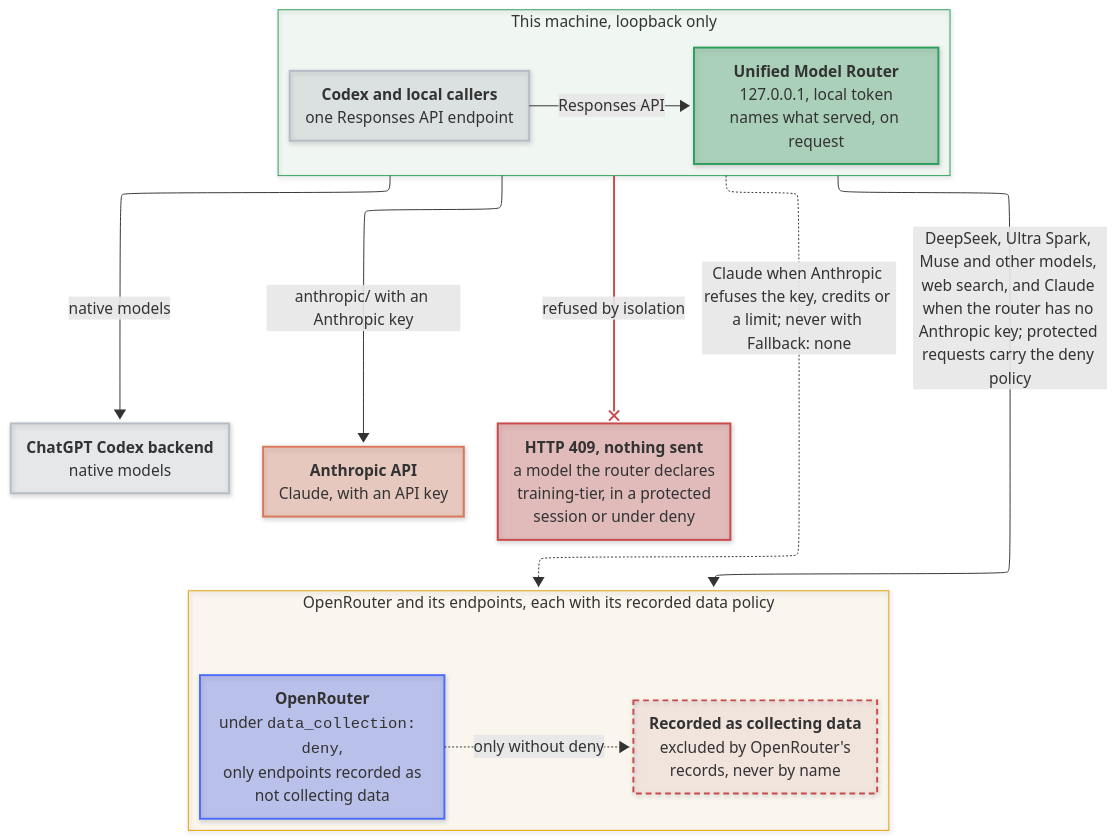
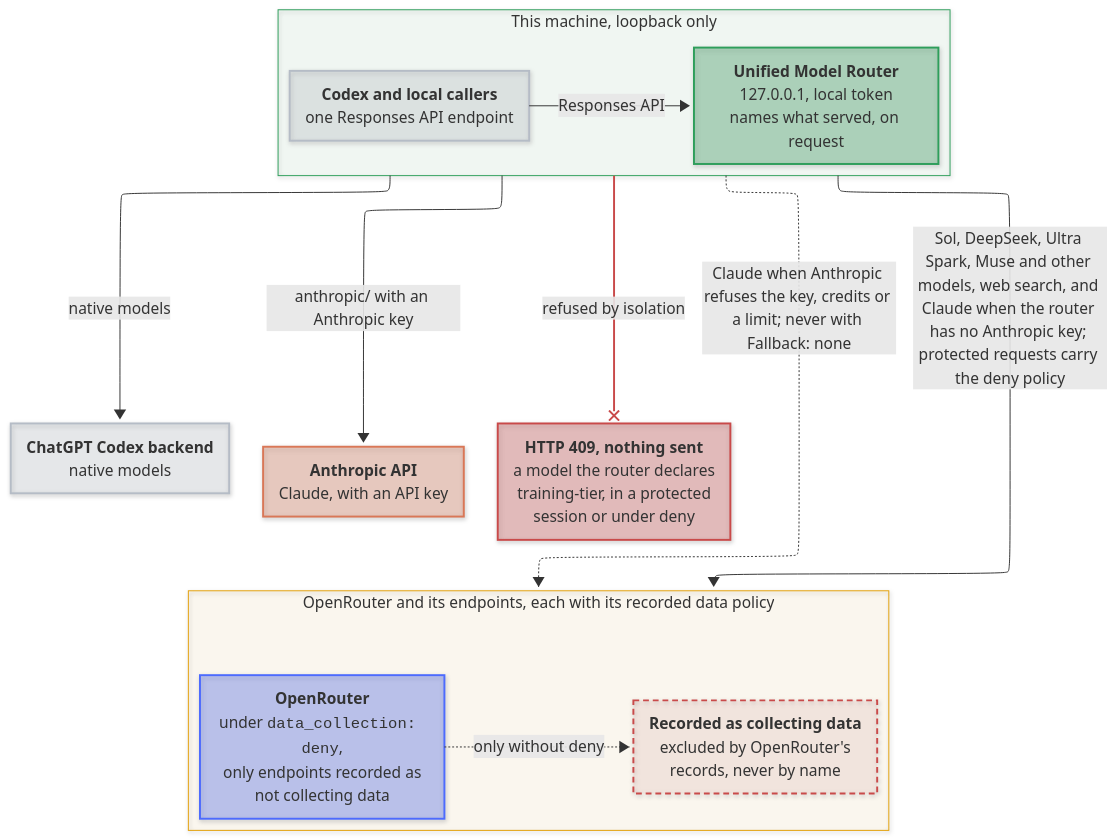
One commit to mirzahusadzic/unified-model-router changed the diagram in README.md. Above: the diagram before and after it, drawn with Mermaid. The commit also changed other lines of this file and 16 other files, not shown here.

First line of the commit message:
feat: add GPT-6.1 Sol on OpenRouter beside the native model

```diff
--- a/README.md
+++ b/README.md
@@ -97,7 +97,7 @@
     CX -->|"Responses API"| RT
     TOP -->|"native models"| OA
     TOP -->|"anthropic/ with an Anthropic key"| AN
-    TOP -->|"DeepSeek, Ultra Spark, Muse and other models, web search, and Claude when the router has no Anthropic key; protected requests carry the deny policy"| ORB
+    TOP -->|"Sol, DeepSeek, Ultra Spark, Muse and other models, web search, and Claude when the router has no Anthropic key; protected requests carry the deny policy"| ORB
     TOP -.->|"Claude when Anthropic refuses the key, credits or a limit; never with Fallback:#160;none"| ORB
     TOP --x|"refused by isolation"| NO
     OR -.->|"only without deny"| CD
```
